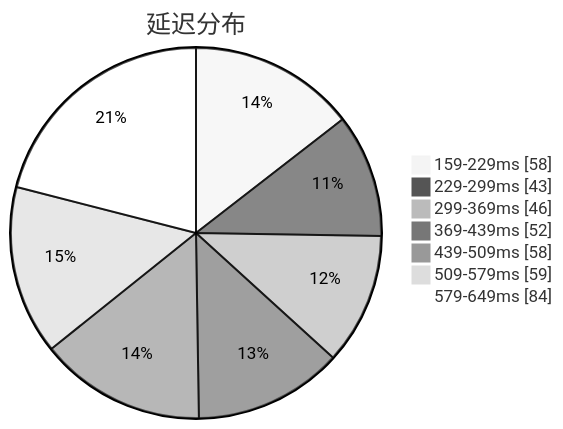
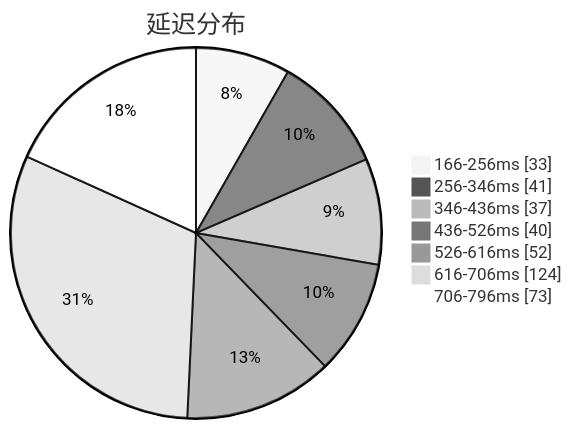
The first of 3 diagrams in subs/statistics/tested_within.md (qjlxg/airport), drawn with Mermaid (neutral theme) before and after one commit. The commit also changed other lines of this file and 2 other files, not shown here.

````diff
--- a/subs/statistics/tested_within.md
+++ b/subs/statistics/tested_within.md
@@ -2,11 +2,11 @@
 ```mermaid
 pie showData
 title 延迟分布
-"159-229ms" : 58
-"229-299ms" : 43
-"299-369ms" : 46
-"369-439ms" : 52
-"439-509ms" : 58
-"509-579ms" : 59
-"579-649ms" : 84
+"166-256ms" : 33
+"256-346ms" : 41
+"346-436ms" : 37
+"436-526ms" : 40
+"526-616ms" : 52
+"616-706ms" : 124
+"706-796ms" : 73
 ```
````
